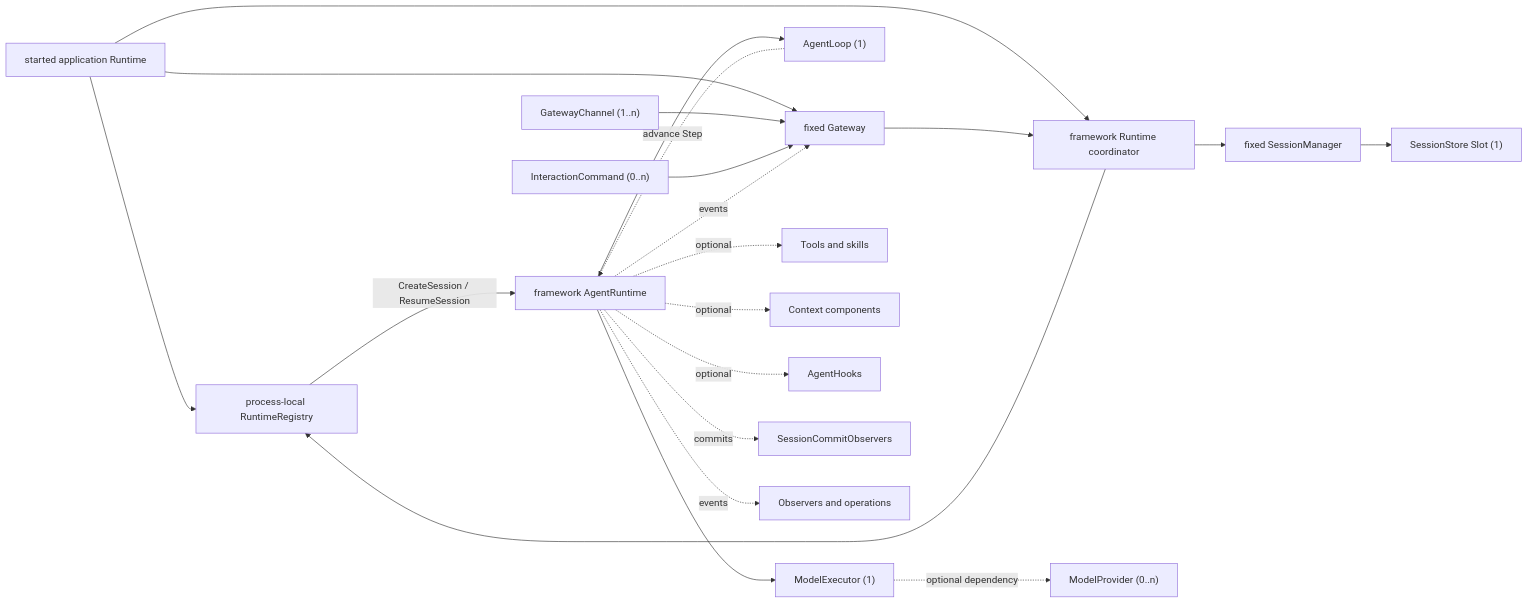
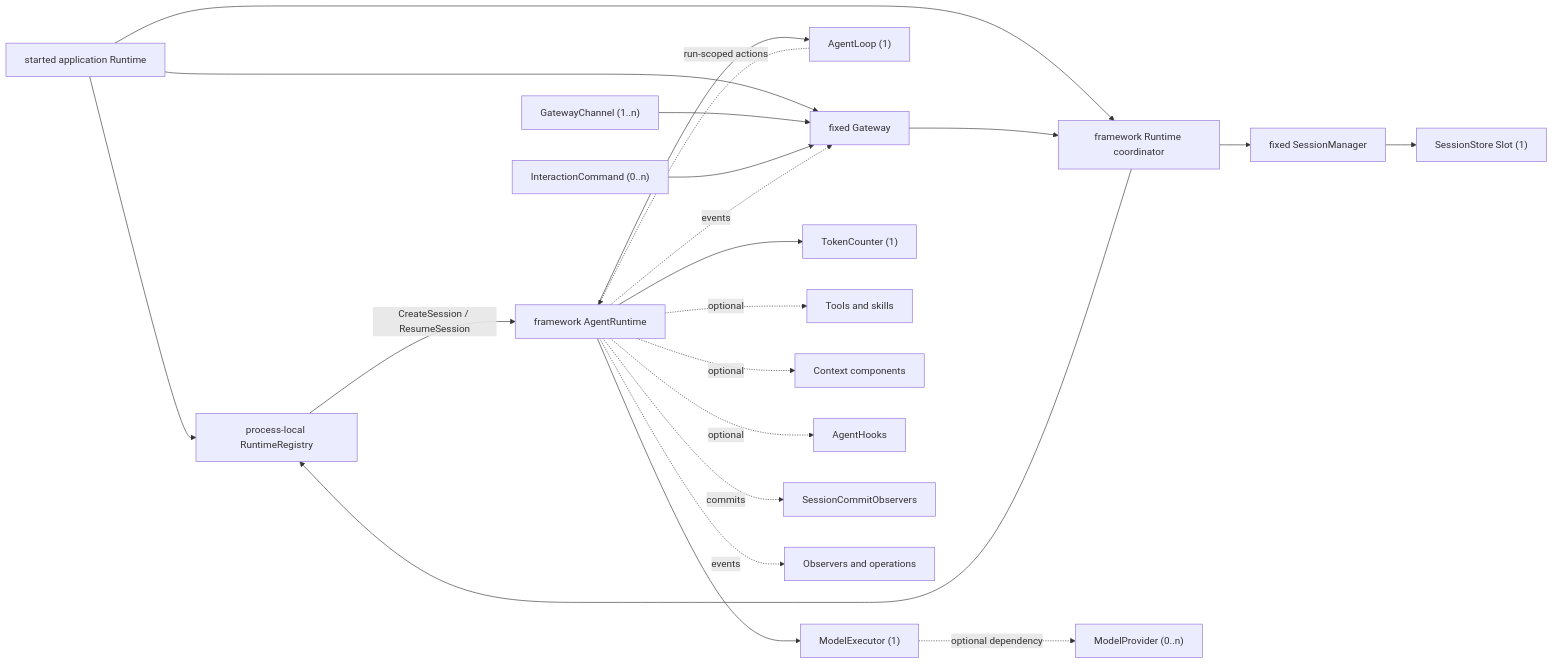
The diagram in COMPONENT_MAP.md (LyleLiu666/agentSlot), drawn with Mermaid before and after one commit. The commit also changed other lines of this file and 47 other files, not shown here.

````diff
--- a/COMPONENT_MAP.md
+++ b/COMPONENT_MAP.md
@@ -112,23 +123,24 @@
 ```mermaid
 flowchart LR
     AR["started application Runtime"] --> REG["process-local RuntimeRegistry"]
     AR --> RC["framework Runtime coordinator"]
     AR --> G["fixed Gateway"]
     RC --> REG
     E["GatewayChannel (1..n)"] --> G
     IC["InteractionCommand (0..n)"] --> G
     G --> RC
     RC --> SM["fixed SessionManager"]
     SM --> SS["SessionStore Slot (1)"]
     REG -->|"CreateSession / ResumeSession"| R["framework AgentRuntime"]
     R --> L["AgentLoop (1)"]
-    L -. "advance Step" .-> R
+    L -. "run-scoped actions" .-> R
     R --> ME["ModelExecutor (1)"]
+    R --> TC["TokenCounter (1)"]
     ME -. "optional dependency" .-> MP["ModelProvider (0..n)"]
     R -. "optional" .-> T["Tools and skills"]
     R -. "optional" .-> C["Context components"]
     R -. "optional" .-> H["AgentHooks"]
     R -. "commits" .-> SCO["SessionCommitObservers"]
     R -. "events" .-> G
     R -. "events" .-> O["Observers and operations"]
 ```
````
